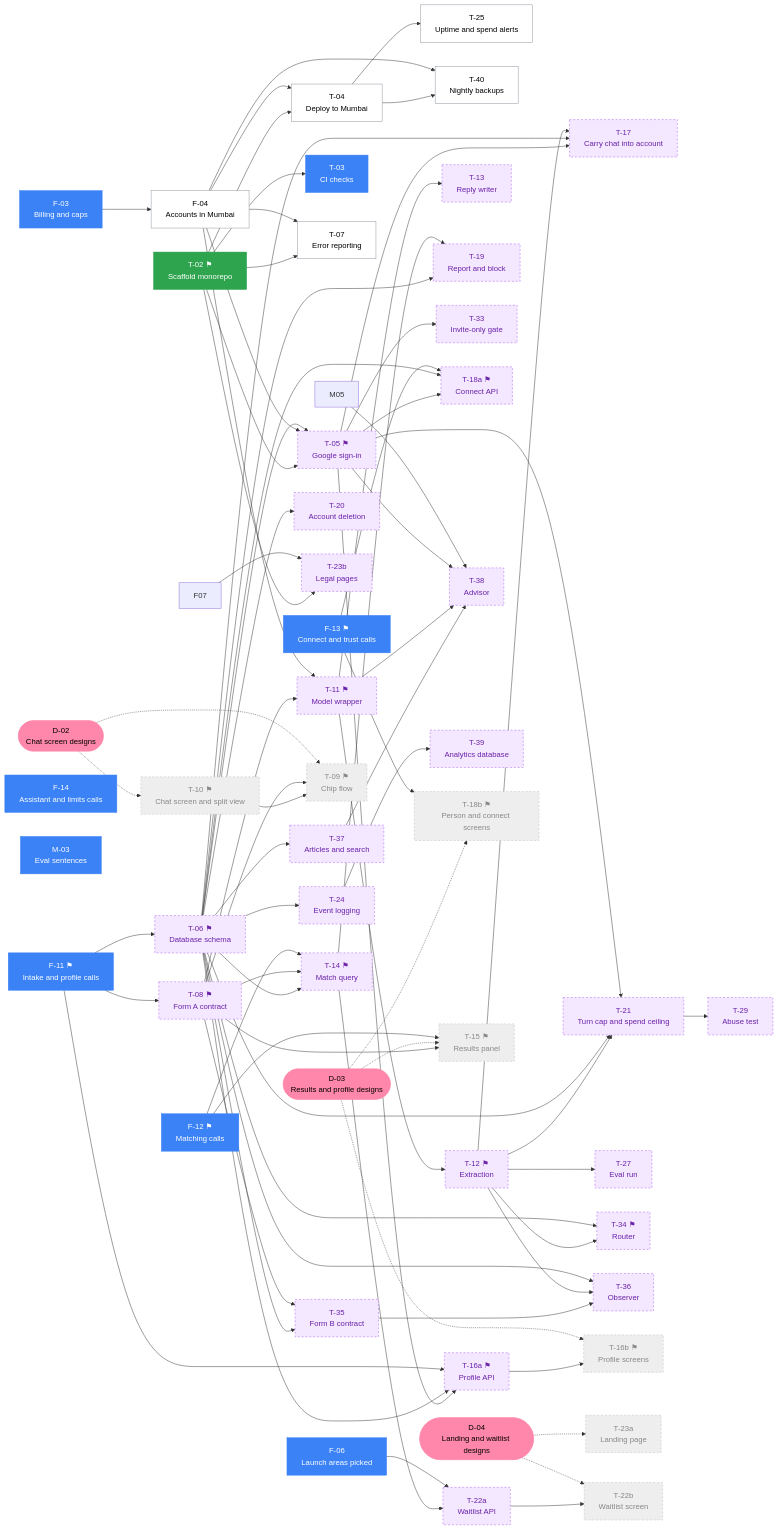
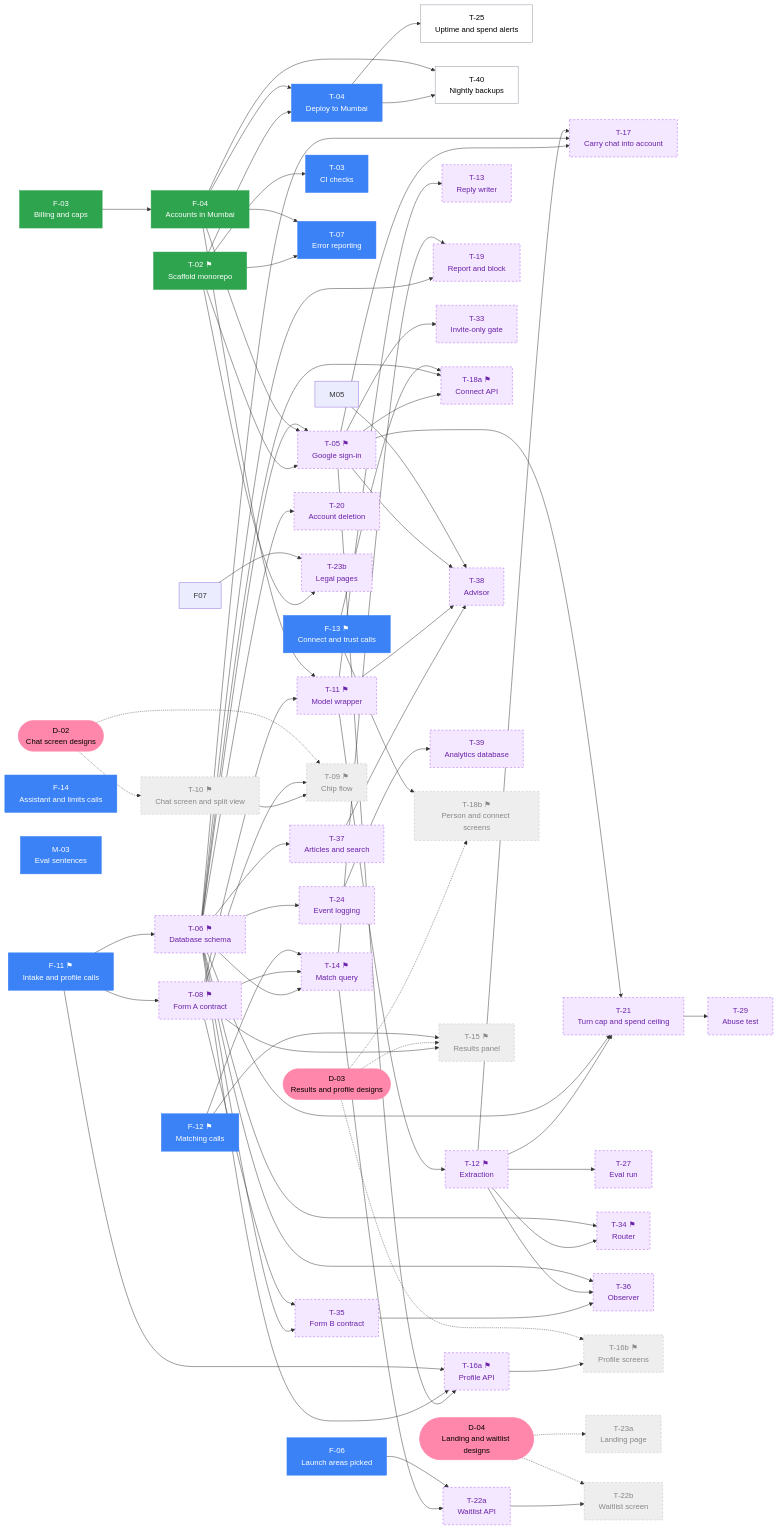
The diagram in docs/plan/Progress.md (magentawood/roomsie), drawn with Mermaid before and after one commit. The commit also changed other lines of this file and 2 other files, not shown here.

Commit message:
F-03 and F-04: tick the done items, and remove the stale Supabase Pro item

````diff
--- a/docs/plan/Progress.md
+++ b/docs/plan/Progress.md
@@ -115,7 +113,7 @@
 ```mermaid
 flowchart LR
-  F03["F-03<br/>Billing and caps"]:::ready
-  F04["F-04<br/>Accounts in Mumbai"]:::todo
+  F03["F-03<br/>Billing and caps"]:::done
+  F04["F-04<br/>Accounts in Mumbai"]:::done
   F06["F-06<br/>Launch areas picked"]:::ready
   F11["F-11 ⚑<br/>Intake and profile calls"]:::ready
   F12["F-12 ⚑<br/>Matching calls"]:::ready
@@ -123,9 +121,9 @@
   F14["F-14<br/>Assistant and limits calls"]:::ready
   T02["T-02 ⚑<br/>Scaffold monorepo"]:::done
   M03["M-03<br/>Eval sentences"]:::ready
-  T04["T-04<br/>Deploy to Mumbai"]:::todo
+  T04["T-04<br/>Deploy to Mumbai"]:::ready
   T03["T-03<br/>CI checks"]:::ready
-  T07["T-07<br/>Error reporting"]:::todo
+  T07["T-07<br/>Error reporting"]:::ready
   T25["T-25<br/>Uptime and spend alerts"]:::todo
   T40["T-40<br/>Nightly backups"]:::todo
   T08["T-08 ⚑<br/>Form A contract"]:::product
````
